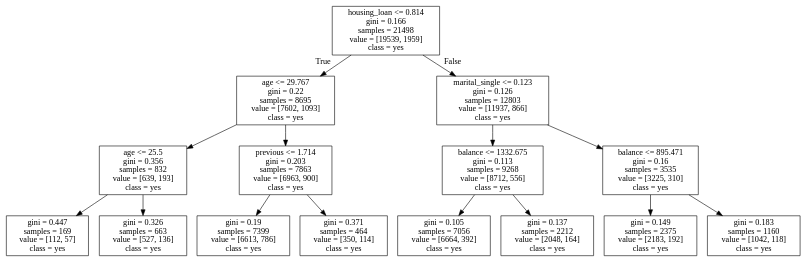
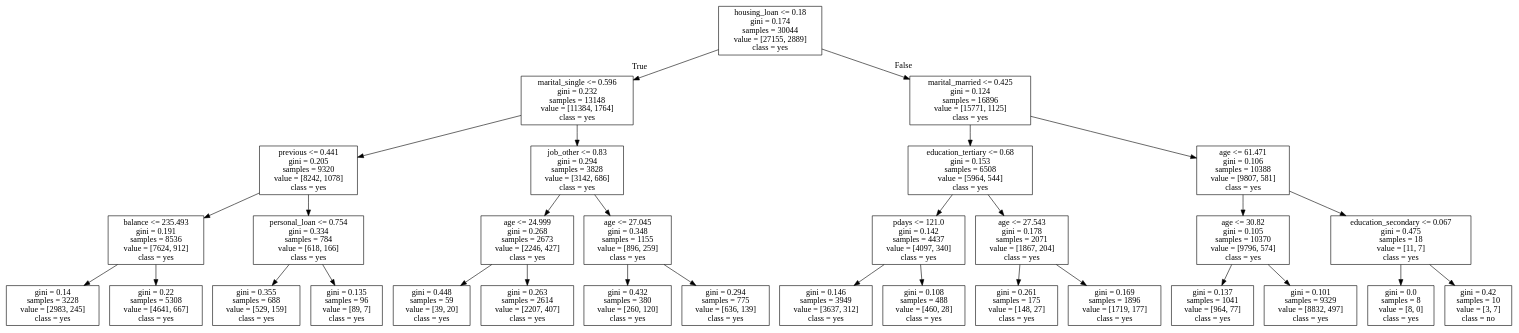
One commit to sbernal93/idss-project changed the diagram in tree.dot. Above: the diagram before and after it, drawn with Graphviz. The commit also changed 16 other files, not shown here.

```diff
--- a/tree.dot
+++ b/tree.dot
@@ -1,32 +1,64 @@
 digraph Tree {
 node [shape=box] ;
-0 [label="housing_loan <= 0.814\ngini = 0.166\nsamples = 21498\nvalue = [19539, 1959]\nclass = yes"] ;
-1 [label="age <= 29.767\ngini = 0.22\nsamples = 8695\nvalue = [7602, 1093]\nclass = yes"] ;
+0 [label="housing_loan <= 0.18\ngini = 0.174\nsamples = 30044\nvalue = [27155, 2889]\nclass = yes"] ;
+1 [label="marital_single <= 0.596\ngini = 0.232\nsamples = 13148\nvalue = [11384, 1764]\nclass = yes"] ;
 0 -> 1 [labeldistance=2.5, labelangle=45, headlabel="True"] ;
-2 [label="age <= 25.5\ngini = 0.356\nsamples = 832\nvalue = [639, 193]\nclass = yes"] ;
+2 [label="previous <= 0.441\ngini = 0.205\nsamples = 9320\nvalue = [8242, 1078]\nclass = yes"] ;
 1 -> 2 ;
-3 [label="gini = 0.447\nsamples = 169\nvalue = [112, 57]\nclass = yes"] ;
+3 [label="balance <= 235.493\ngini = 0.191\nsamples = 8536\nvalue = [7624, 912]\nclass = yes"] ;
 2 -> 3 ;
-4 [label="gini = 0.326\nsamples = 663\nvalue = [527, 136]\nclass = yes"] ;
-2 -> 4 ;
-5 [label="previous <= 1.714\ngini = 0.203\nsamples = 7863\nvalue = [6963, 900]\nclass = yes"] ;
-1 -> 5 ;
-6 [label="gini = 0.19\nsamples = 7399\nvalue = [6613, 786]\nclass = yes"] ;
-5 -> 6 ;
-7 [label="gini = 0.371\nsamples = 464\nvalue = [350, 114]\nclass = yes"] ;
-5 -> 7 ;
-8 [label="marital_single <= 0.123\ngini = 0.126\nsamples = 12803\nvalue = [11937, 866]\nclass = yes"] ;
-0 -> 8 [labeldistance=2.5, labelangle=-45, headlabel="False"] ;
-9 [label="balance <= 1332.675\ngini = 0.113\nsamples = 9268\nvalue = [8712, 556]\nclass = yes"] ;
-8 -> 9 ;
-10 [label="gini = 0.105\nsamples = 7056\nvalue = [6664, 392]\nclass = yes"] ;
+4 [label="gini = 0.14\nsamples = 3228\nvalue = [2983, 245]\nclass = yes"] ;
+3 -> 4 ;
+5 [label="gini = 0.22\nsamples = 5308\nvalue = [4641, 667]\nclass = yes"] ;
+3 -> 5 ;
+6 [label="personal_loan <= 0.754\ngini = 0.334\nsamples = 784\nvalue = [618, 166]\nclass = yes"] ;
+2 -> 6 ;
+7 [label="gini = 0.355\nsamples = 688\nvalue = [529, 159]\nclass = yes"] ;
+6 -> 7 ;
+8 [label="gini = 0.135\nsamples = 96\nvalue = [89, 7]\nclass = yes"] ;
+6 -> 8 ;
+9 [label="job_other <= 0.83\ngini = 0.294\nsamples = 3828\nvalue = [3142, 686]\nclass = yes"] ;
+1 -> 9 ;
+10 [label="age <= 24.999\ngini = 0.268\nsamples = 2673\nvalue = [2246, 427]\nclass = yes"] ;
 9 -> 10 ;
-11 [label="gini = 0.137\nsamples = 2212\nvalue = [2048, 164]\nclass = yes"] ;
-9 -> 11 ;
-12 [label="balance <= 895.471\ngini = 0.16\nsamples = 3535\nvalue = [3225, 310]\nclass = yes"] ;
-8 -> 12 ;
-13 [label="gini = 0.149\nsamples = 2375\nvalue = [2183, 192]\nclass = yes"] ;
-12 -> 13 ;
-14 [label="gini = 0.183\nsamples = 1160\nvalue = [1042, 118]\nclass = yes"] ;
-12 -> 14 ;
+11 [label="gini = 0.448\nsamples = 59\nvalue = [39, 20]\nclass = yes"] ;
+10 -> 11 ;
+12 [label="gini = 0.263\nsamples = 2614\nvalue = [2207, 407]\nclass = yes"] ;
+10 -> 12 ;
+13 [label="age <= 27.045\ngini = 0.348\nsamples = 1155\nvalue = [896, 259]\nclass = yes"] ;
+9 -> 13 ;
+14 [label="gini = 0.432\nsamples = 380\nvalue = [260, 120]\nclass = yes"] ;
+13 -> 14 ;
+15 [label="gini = 0.294\nsamples = 775\nvalue = [636, 139]\nclass = yes"] ;
+13 -> 15 ;
+16 [label="marital_married <= 0.425\ngini = 0.124\nsamples = 16896\nvalue = [15771, 1125]\nclass = yes"] ;
+0 -> 16 [labeldistance=2.5, labelangle=-45, headlabel="False"] ;
+17 [label="education_tertiary <= 0.68\ngini = 0.153\nsamples = 6508\nvalue = [5964, 544]\nclass = yes"] ;
+16 -> 17 ;
+18 [label="pdays <= 121.0\ngini = 0.142\nsamples = 4437\nvalue = [4097, 340]\nclass = yes"] ;
+17 -> 18 ;
+19 [label="gini = 0.146\nsamples = 3949\nvalue = [3637, 312]\nclass = yes"] ;
+18 -> 19 ;
+20 [label="gini = 0.108\nsamples = 488\nvalue = [460, 28]\nclass = yes"] ;
+18 -> 20 ;
+21 [label="age <= 27.543\ngini = 0.178\nsamples = 2071\nvalue = [1867, 204]\nclass = yes"] ;
+17 -> 21 ;
+22 [label="gini = 0.261\nsamples = 175\nvalue = [148, 27]\nclass = yes"] ;
+21 -> 22 ;
+23 [label="gini = 0.169\nsamples = 1896\nvalue = [1719, 177]\nclass = yes"] ;
+21 -> 23 ;
+24 [label="age <= 61.471\ngini = 0.106\nsamples = 10388\nvalue = [9807, 581]\nclass = yes"] ;
+16 -> 24 ;
+25 [label="age <= 30.82\ngini = 0.105\nsamples = 10370\nvalue = [9796, 574]\nclass = yes"] ;
+24 -> 25 ;
+26 [label="gini = 0.137\nsamples = 1041\nvalue = [964, 77]\nclass = yes"] ;
+25 -> 26 ;
+27 [label="gini = 0.101\nsamples = 9329\nvalue = [8832, 497]\nclass = yes"] ;
+25 -> 27 ;
+28 [label="education_secondary <= 0.067\ngini = 0.475\nsamples = 18\nvalue = [11, 7]\nclass = yes"] ;
+24 -> 28 ;
+29 [label="gini = 0.0\nsamples = 8\nvalue = [8, 0]\nclass = yes"] ;
+28 -> 29 ;
+30 [label="gini = 0.42\nsamples = 10\nvalue = [3, 7]\nclass = no"] ;
+28 -> 30 ;
 }
```
